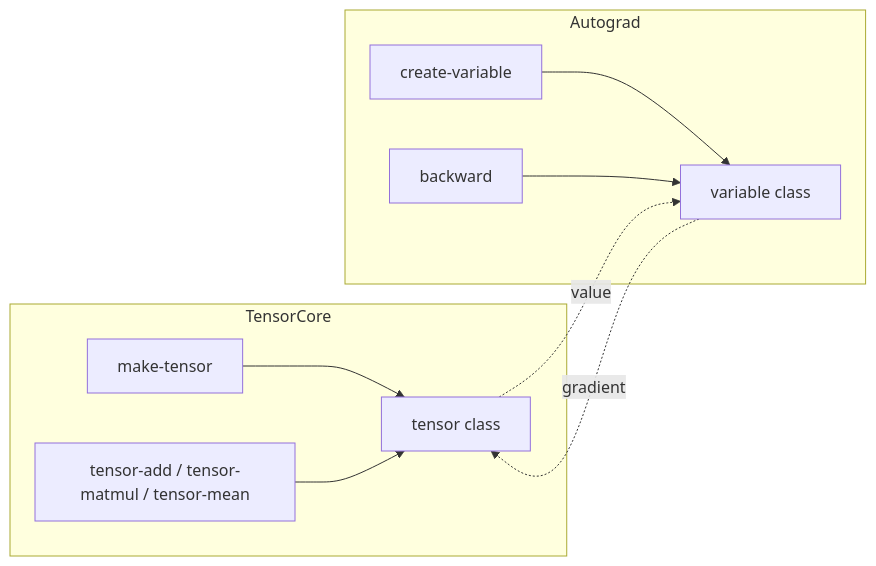
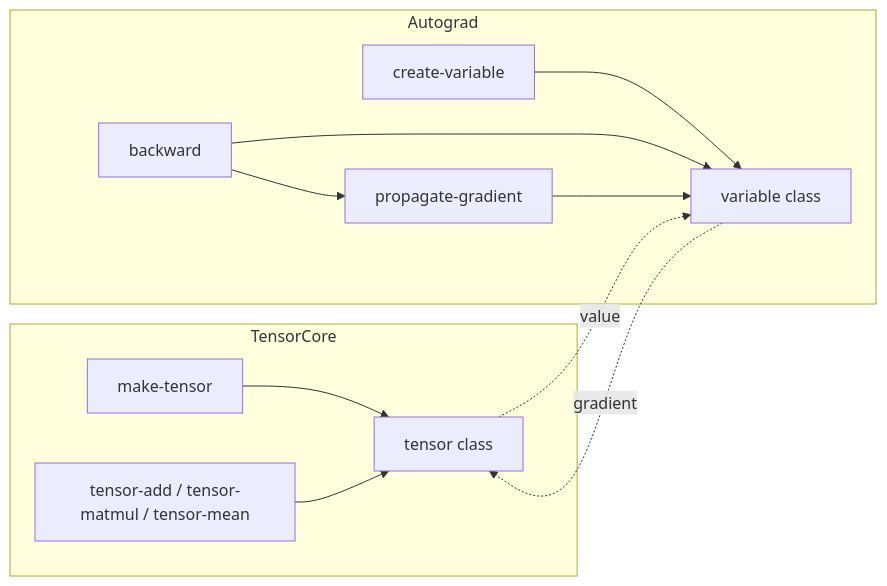
The diagram in docs/internals/tensor-autograd.md (ck46/neuralisp), drawn with Mermaid before and after one commit. The commit also changed other lines of this file and 20 other files, not shown here.

````diff
--- a/docs/internals/tensor-autograd.md
+++ b/docs/internals/tensor-autograd.md
@@ -9,22 +9,25 @@
 ```mermaid
 flowchart LR
     subgraph TensorCore
         TClass[tensor class]
         MakeTensor[make-tensor]
         Ops[tensor-add / tensor-matmul / tensor-mean]
     end
 
     subgraph Autograd
         VarClass[variable class]
         CreateVar[create-variable]
         Backward[backward]
+        Propagate[propagate-gradient]
     end
 
     MakeTensor --> TClass
     Ops --> TClass
     CreateVar --> VarClass
     Backward --> VarClass
+    Backward --> Propagate
+    Propagate --> VarClass
 
     TClass -.value.-> VarClass
     VarClass -.gradient.-> TClass
 ```
````
